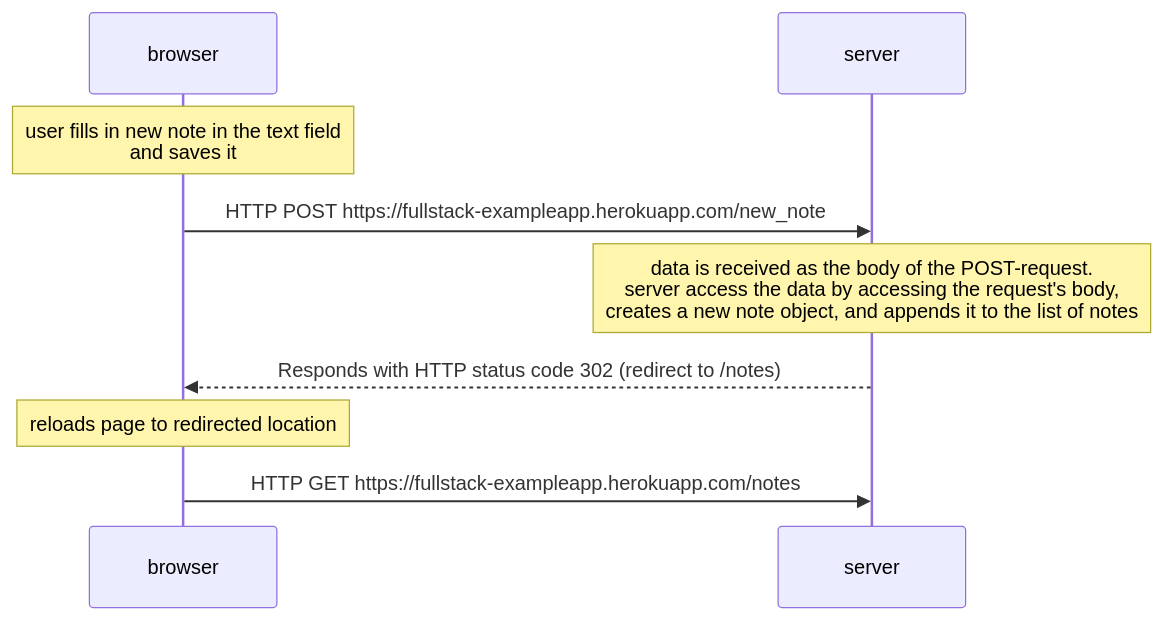
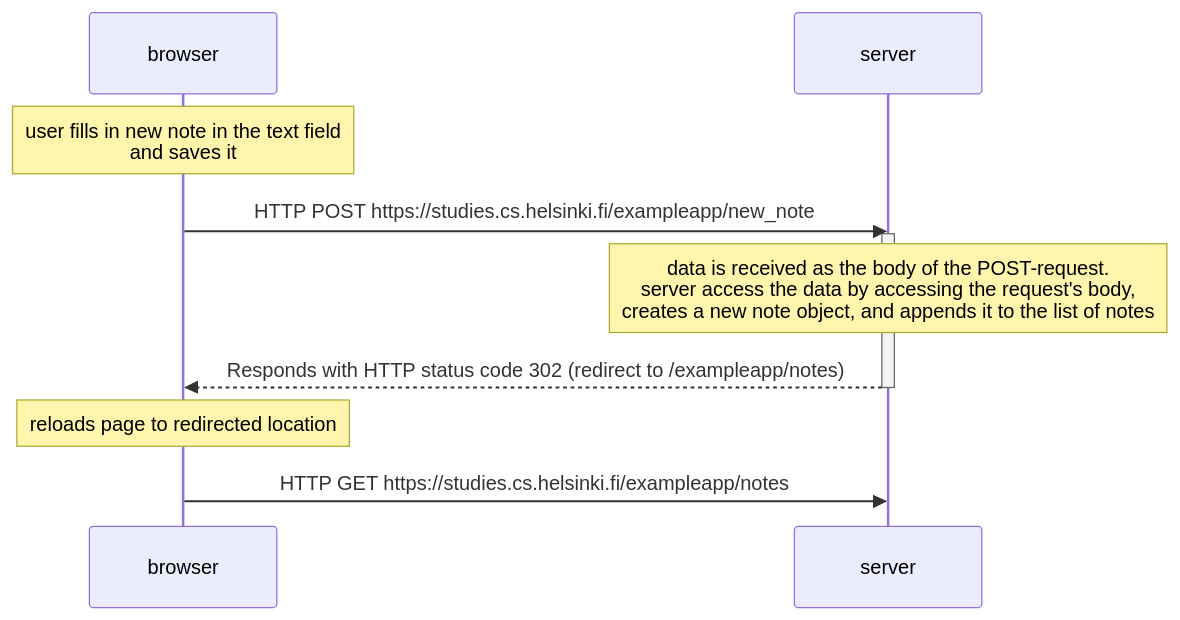
The diagram in part0/0.4 new note.md (anknnd/anknndFSO), drawn with Mermaid before and after one commit.

Commit message:
Update urls

````diff
--- a/part0/0.4 new note.md
+++ b/part0/0.4 new note.md
@@ -1,17 +1,19 @@
 ```mermaid
 sequenceDiagram
     participant browser
     participant server
 
     Note over browser: user fills in new note in the text field<br/>and saves it
 
-    browser->>server: HTTP POST https://fullstack-exampleapp.herokuapp.com/new_note
+    browser->>server: HTTP POST https://studies.cs.helsinki.fi/exampleapp/new_note
+    activate server
 
     Note over server: data is received as the body of the POST-request.<br/>server access the data by accessing the request's body,<br/>creates a new note object, and appends it to the list of notes
 
-    server-->>browser: Responds with HTTP status code 302 (redirect to /notes)
+    server-->>browser: Responds with HTTP status code 302 (redirect to /exampleapp/notes)
+    deactivate server
 
     Note over browser: reloads page to redirected location
 
-    browser->>server: HTTP GET https://fullstack-exampleapp.herokuapp.com/notes
+    browser->>server: HTTP GET https://studies.cs.helsinki.fi/exampleapp/notes
 ```
````
